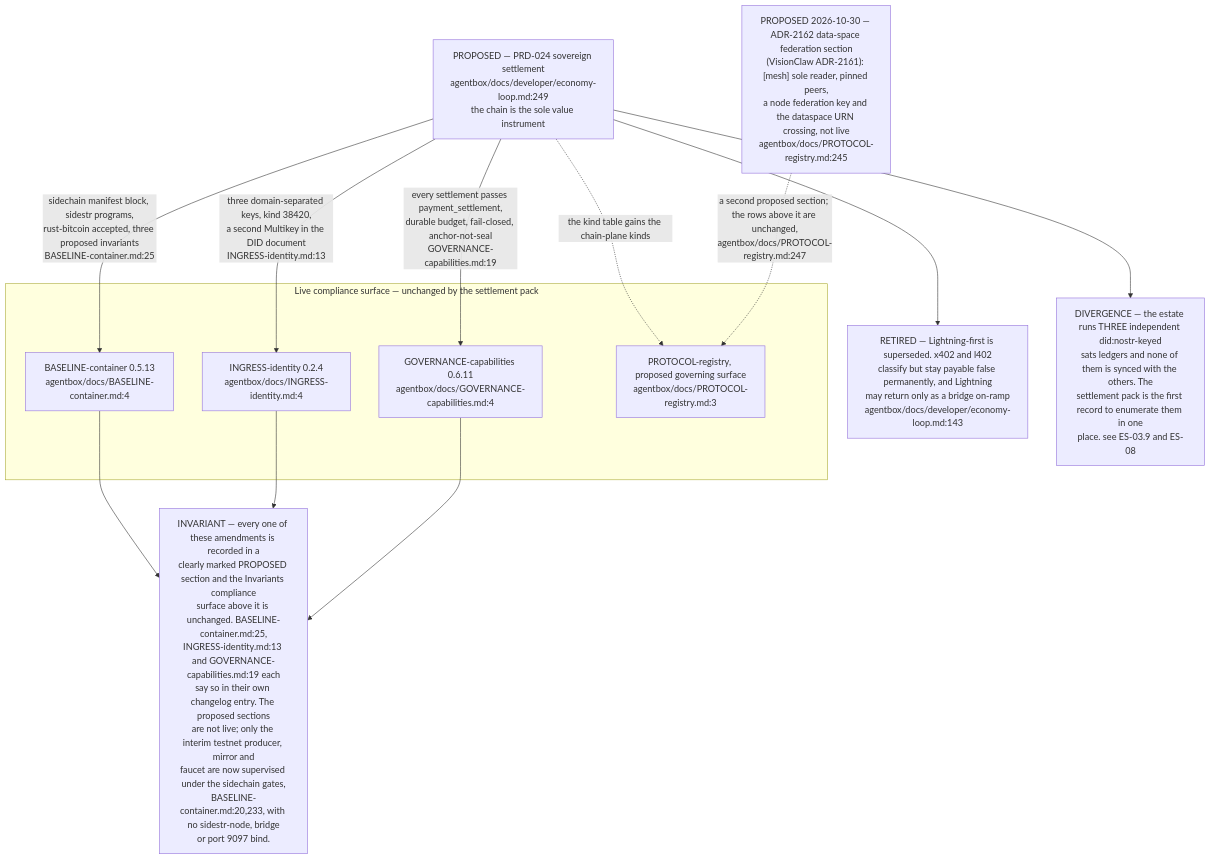
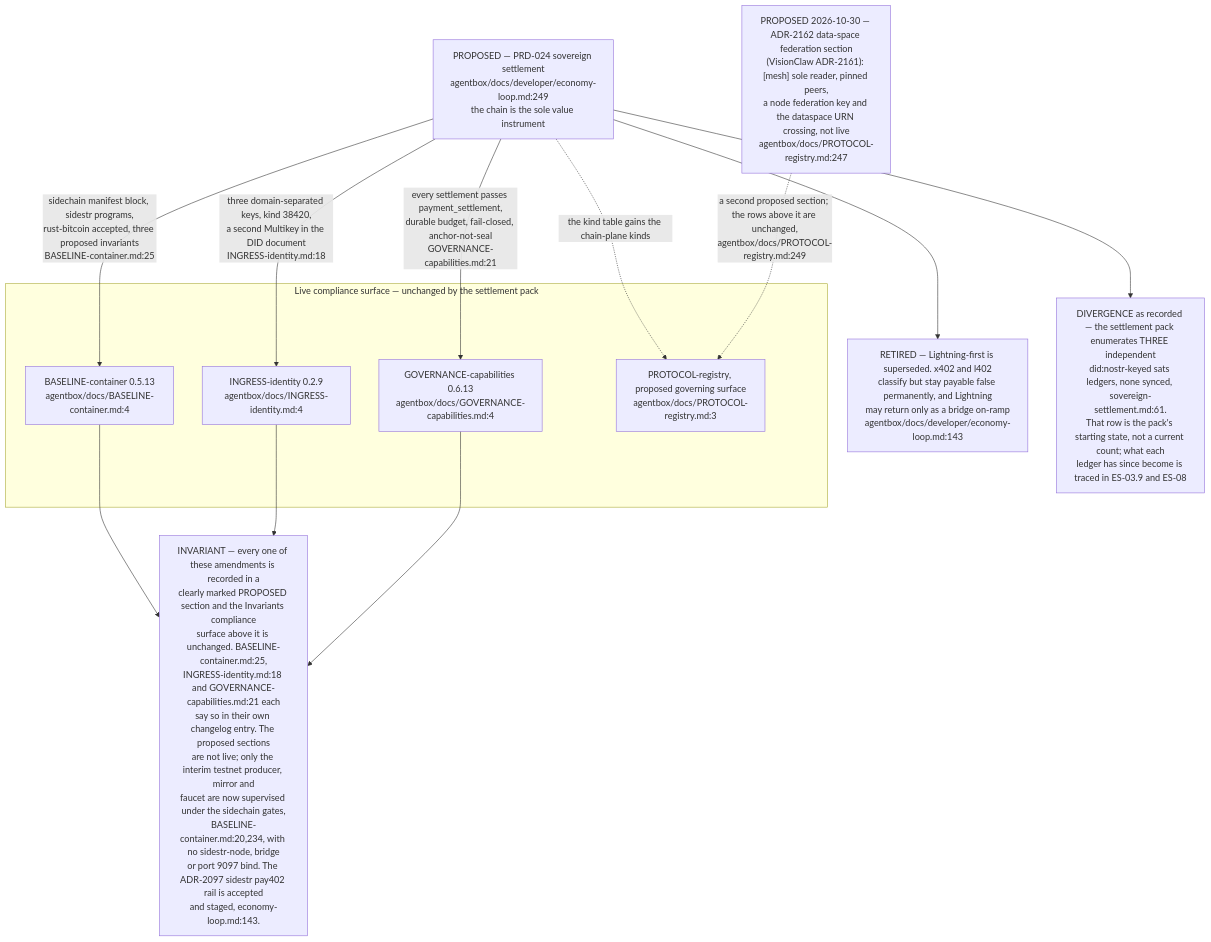
One commit to DreamLab-AI/VisionFlow changed the eighth of 8 diagrams in docs/diagrams/estate/01-estate-topology.md. Above: the diagram before and after it, drawn with Mermaid. The commit also changed other lines of this file and 91 other files, not shown here.

First line of the commit message:
docs(audit): estate audit wave 2, every repository except agentbox and VisionClaw

````diff
--- a/docs/diagrams/estate/01-estate-topology.md
+++ b/docs/diagrams/estate/01-estate-topology.md
@@ -334,30 +341,30 @@
 ```mermaid
 flowchart TB
     subgraph LIVE["Live compliance surface — unchanged by the settlement pack"]
         BC["BASELINE-container 0.5.13<br/>agentbox/docs/BASELINE-container.md:4"]
-        IG["INGRESS-identity 0.2.4<br/>agentbox/docs/INGRESS-identity.md:4"]
-        GC["GOVERNANCE-capabilities 0.6.11<br/>agentbox/docs/GOVERNANCE-capabilities.md:4"]
+        IG["INGRESS-identity 0.2.9<br/>agentbox/docs/INGRESS-identity.md:4"]
+        GC["GOVERNANCE-capabilities 0.6.13<br/>agentbox/docs/GOVERNANCE-capabilities.md:4"]
         PR["PROTOCOL-registry, proposed governing surface<br/>agentbox/docs/PROTOCOL-registry.md:3"]
     end
 
     PRD["PROPOSED — PRD-024 sovereign settlement<br/>agentbox/docs/developer/economy-loop.md:249<br/>the chain is the sole value instrument"]
 
     PRD -->|"sidechain manifest block, sidestr programs,<br/>rust-bitcoin accepted, three proposed invariants<br/>BASELINE-container.md:25"| BC
-    PRD -->|"three domain-separated keys, kind 38420,<br/>a second Multikey in the DID document<br/>INGRESS-identity.md:13"| IG
-    PRD -->|"every settlement passes payment_settlement,<br/>durable budget, fail-closed, anchor-not-seal<br/>GOVERNANCE-capabilities.md:19"| GC
+    PRD -->|"three domain-separated keys, kind 38420,<br/>a second Multikey in the DID document<br/>INGRESS-identity.md:18"| IG
+    PRD -->|"every settlement passes payment_settlement,<br/>durable budget, fail-closed, anchor-not-seal<br/>GOVERNANCE-capabilities.md:21"| GC
     PRD -.->|"the kind table gains the chain-plane kinds"| PR
 
-    FED["PROPOSED 2026-10-30 — ADR-2162 data-space federation section<br/>(VisionClaw ADR-2161): [mesh] sole reader, pinned peers,<br/>a node federation key and the dataspace URN crossing, not live<br/>agentbox/docs/PROTOCOL-registry.md:245"]
-    FED -.->|"a second proposed section; the rows above it are unchanged,<br/>agentbox/docs/PROTOCOL-registry.md:247"| PR
+    FED["PROPOSED 2026-10-30 — ADR-2162 data-space federation section<br/>(VisionClaw ADR-2161): [mesh] sole reader, pinned peers,<br/>a node federation key and the dataspace URN crossing, not live<br/>agentbox/docs/PROTOCOL-registry.md:247"]
+    FED -.->|"a second proposed section; the rows above it are unchanged,<br/>agentbox/docs/PROTOCOL-registry.md:249"| PR
 
     RET["RETIRED — Lightning-first is superseded. x402 and l402<br/>classify but stay payable false permanently, and Lightning<br/>may return only as a bridge on-ramp<br/>agentbox/docs/developer/economy-loop.md:143"]
     PRD --> RET
 
-    INV["INVARIANT — every one of these amendments is recorded in a<br/>clearly marked PROPOSED section and the Invariants compliance<br/>surface above it is unchanged. BASELINE-container.md:25,<br/>INGRESS-identity.md:13 and GOVERNANCE-capabilities.md:19 each<br/>say so in their own changelog entry. The proposed sections<br/>are not live; only the interim testnet producer, mirror and<br/>faucet are now supervised under the sidechain gates,<br/>BASELINE-container.md:20,233, with no sidestr-node, bridge<br/>or port 9097 bind."]
+    INV["INVARIANT — every one of these amendments is recorded in a<br/>clearly marked PROPOSED section and the Invariants compliance<br/>surface above it is unchanged. BASELINE-container.md:25,<br/>INGRESS-identity.md:18 and GOVERNANCE-capabilities.md:21 each<br/>say so in their own changelog entry. The proposed sections<br/>are not live; only the interim testnet producer, mirror and<br/>faucet are now supervised under the sidechain gates,<br/>BASELINE-container.md:20,234, with no sidestr-node, bridge<br/>or port 9097 bind. The ADR-2097 sidestr pay402 rail is accepted<br/>and staged, economy-loop.md:143."]
     BC --> INV
     IG --> INV
     GC --> INV
 
-    LEDG["DIVERGENCE — the estate runs THREE independent did:nostr-keyed<br/>sats ledgers and none of them is synced with the others. The<br/>settlement pack is the first record to enumerate them in one<br/>place. see ES-03.9 and ES-08"]
+    LEDG["DIVERGENCE as recorded — the settlement pack enumerates THREE independent<br/>did:nostr-keyed sats ledgers, none synced, sovereign-settlement.md:61.<br/>That row is the pack's starting state, not a current count; what each<br/>ledger has since become is traced in ES-03.9 and ES-08"]
     PRD --> LEDG
 ```
````
